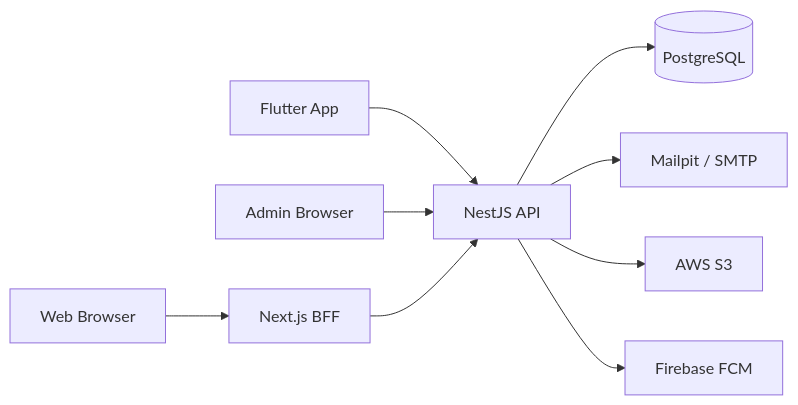
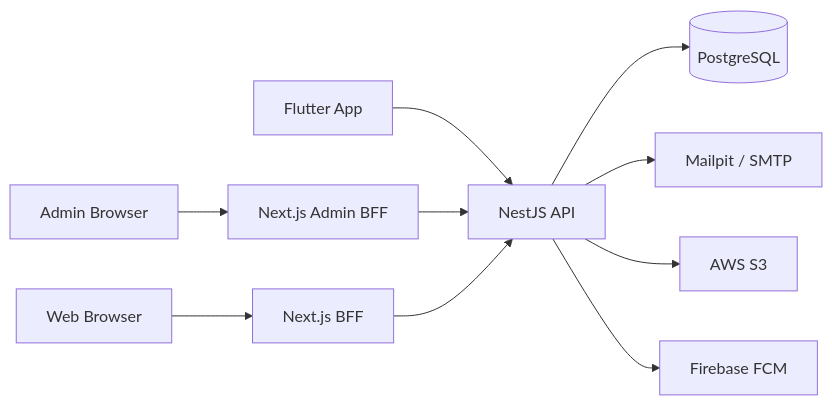
One commit to 2tsoftwareapp/super-template changed the second of 6 diagrams in docs/architecture.md. Above: the diagram before and after it, drawn with Mermaid. The commit also changed other lines of this file and 246 other files, not shown here.

````diff
--- a/docs/architecture.md
+++ b/docs/architecture.md
@@ -158,11 +159,12 @@
 ```mermaid
 flowchart LR
   UserWeb[Web Browser] --> Next[Next.js BFF]
   UserMobile[Flutter App] --> API[NestJS API]
-  AdminBrowser[Admin Browser] --> API
+  AdminBrowser[Admin Browser] --> NextAdmin[Next.js Admin BFF]
+  NextAdmin --> API
   Next --> API
   API --> DB[(PostgreSQL)]
   API --> Mailpit[Mailpit / SMTP]
   API --> S3[AWS S3]
   API --> FCM[Firebase FCM]
 ```
````
